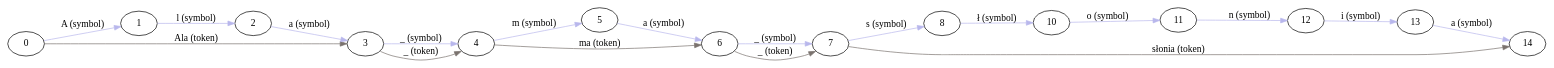
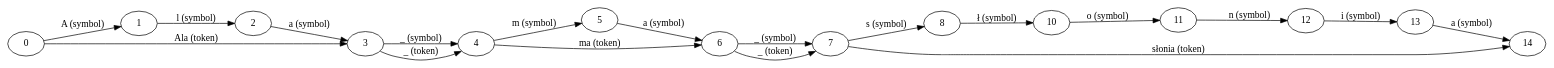
Before and after one commit to manicki/psi-toolkit: the diagram in formats/dot/t/files/simple.dot, drawn with Graphviz. The commit also changed 6 other files, not shown here.

```diff
--- a/formats/dot/t/files/simple.dot
+++ b/formats/dot/t/files/simple.dot
@@ -1,21 +1,21 @@
 digraph G {
 rankdir=LR
-0 -> 1 [label="A (symbol)"color="#b8b7ec"]
-1 -> 2 [label="l (symbol)"color="#b8b7ec"]
-2 -> 3 [label="a (symbol)"color="#b8b7ec"]
-0 -> 3 [label="Ala (token)"color="#7a726e"]
-3 -> 4 [label="_ (symbol)"color="#b8b7ec"]
-3 -> 4 [label="_ (token)"color="#7a726e"]
-4 -> 5 [label="m (symbol)"color="#b8b7ec"]
-5 -> 6 [label="a (symbol)"color="#b8b7ec"]
-4 -> 6 [label="ma (token)"color="#7a726e"]
-6 -> 7 [label="_ (symbol)"color="#b8b7ec"]
-6 -> 7 [label="_ (token)"color="#7a726e"]
-7 -> 8 [label="s (symbol)"color="#b8b7ec"]
-8 -> 10 [label="ł (symbol)"color="#b8b7ec"]
-10 -> 11 [label="o (symbol)"color="#b8b7ec"]
-11 -> 12 [label="n (symbol)"color="#b8b7ec"]
-12 -> 13 [label="i (symbol)"color="#b8b7ec"]
-13 -> 14 [label="a (symbol)"color="#b8b7ec"]
-7 -> 14 [label="słonia (token)"color="#7a726e"]
+0 -> 1 [label="A (symbol)"]
+1 -> 2 [label="l (symbol)"]
+2 -> 3 [label="a (symbol)"]
+0 -> 3 [label="Ala (token)"]
+3 -> 4 [label="_ (symbol)"]
+3 -> 4 [label="_ (token)"]
+4 -> 5 [label="m (symbol)"]
+5 -> 6 [label="a (symbol)"]
+4 -> 6 [label="ma (token)"]
+6 -> 7 [label="_ (symbol)"]
+6 -> 7 [label="_ (token)"]
+7 -> 8 [label="s (symbol)"]
+8 -> 10 [label="ł (symbol)"]
+10 -> 11 [label="o (symbol)"]
+11 -> 12 [label="n (symbol)"]
+12 -> 13 [label="i (symbol)"]
+13 -> 14 [label="a (symbol)"]
+7 -> 14 [label="słonia (token)"]
 }
```
